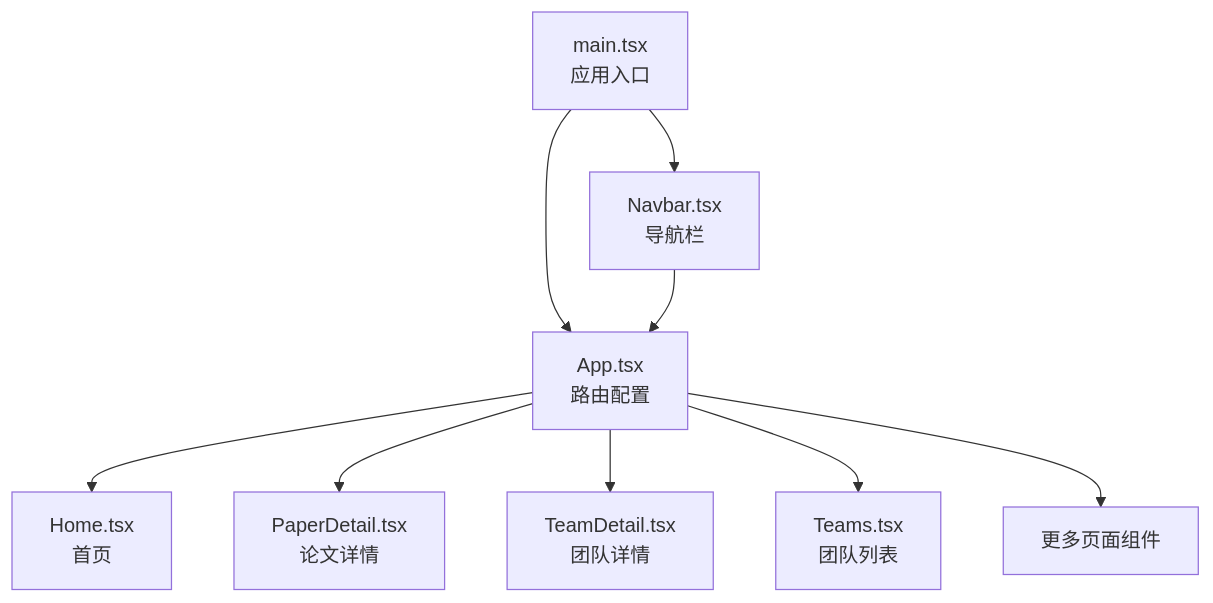
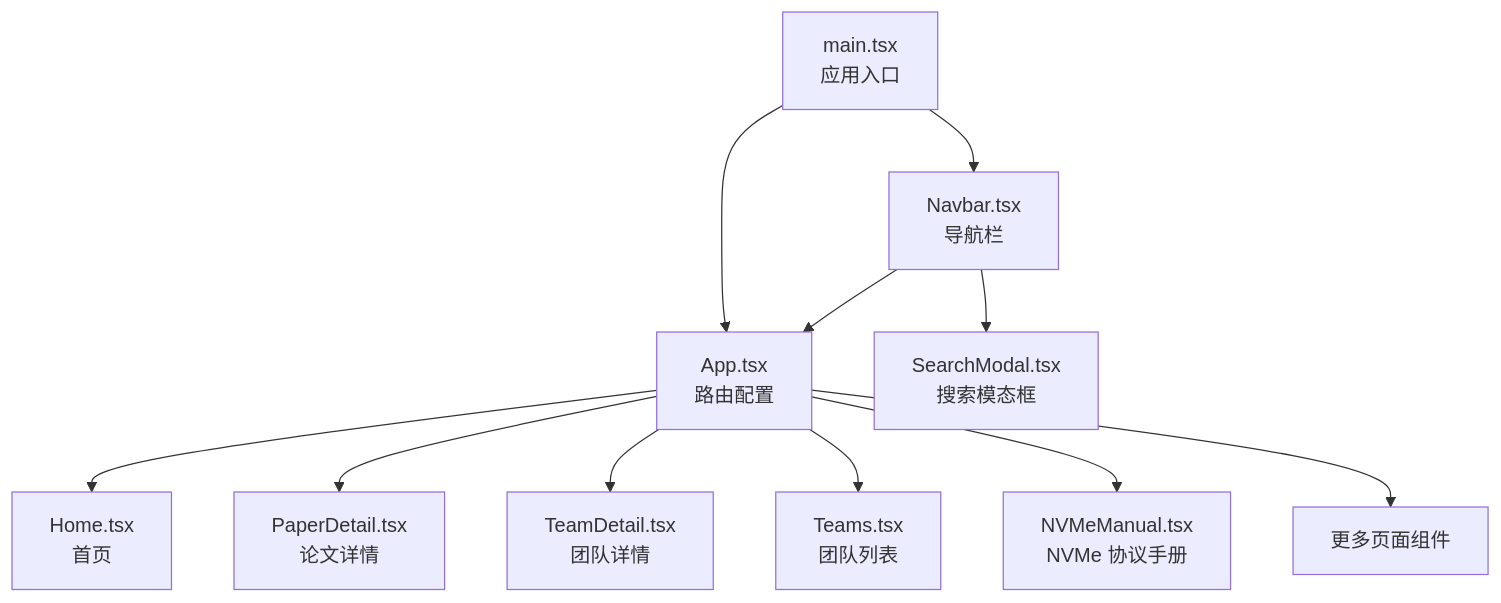
Before and after one commit to erikliu123/storage_ai_blog: the first of 4 diagrams in .qoder/repowiki/zh/content/架构设计/路由系统设计.md, drawn with Mermaid. The commit also changed other lines of this file and 61 other files, not shown here.

````diff
--- a/.qoder/repowiki/zh/content/架构设计/路由系统设计.md
+++ b/.qoder/repowiki/zh/content/架构设计/路由系统设计.md
@@ -38,11 +49,13 @@
 ```mermaid
 graph TB
 A["main.tsx<br/>应用入口"] --> B["App.tsx<br/>路由配置"]
 B --> C["Home.tsx<br/>首页"]
 B --> D["PaperDetail.tsx<br/>论文详情"]
 B --> E["TeamDetail.tsx<br/>团队详情"]
 B --> F["Teams.tsx<br/>团队列表"]
-B --> G["更多页面组件"]
-A --> H["Navbar.tsx<br/>导航栏"]
-H --> B
+B --> G["NVMeManual.tsx<br/>NVMe 协议手册"]
+B --> H["更多页面组件"]
+A --> I["Navbar.tsx<br/>导航栏"]
+I --> J["SearchModal.tsx<br/>搜索模态框"]
+I --> B
 ```
````
